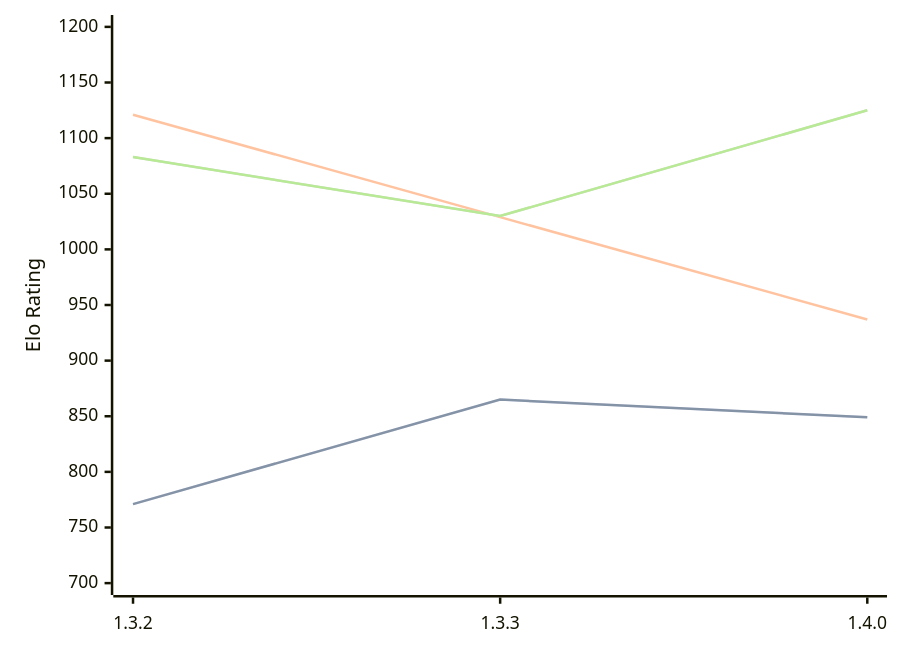
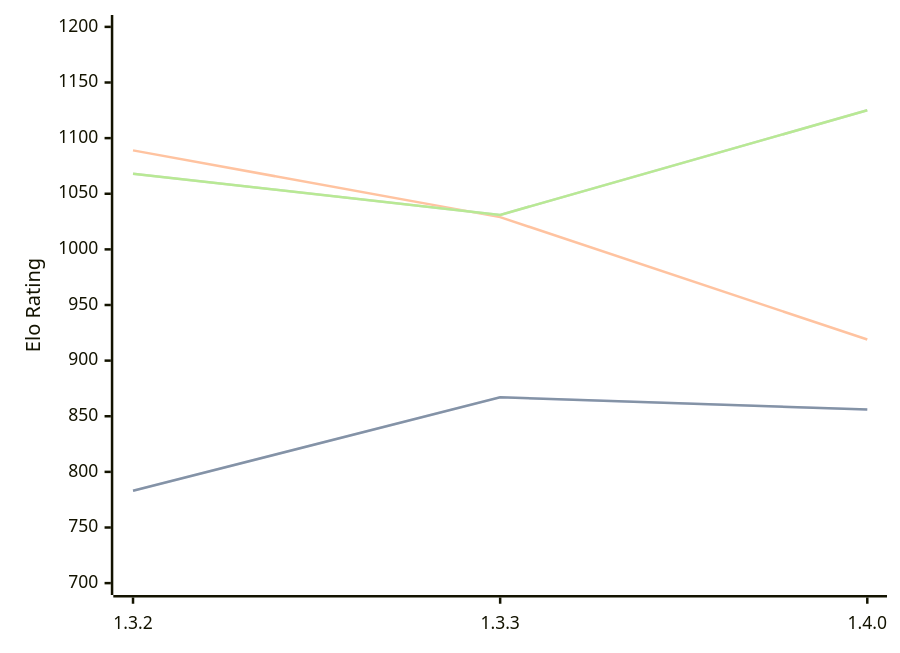
One commit to computer-chess-index/cci changed the diagram in engines/Whitespine.md. Above: the diagram before and after it, drawn with Mermaid. The commit also changed other lines of this file, not shown here.

Commit message:
Update CCI Ratings (ELO VLTC) - 2026-04-30

````diff
--- a/engines/Whitespine.md
+++ b/engines/Whitespine.md
@@ -36,11 +36,11 @@
 ```mermaid
 %%{init: {"theme":"base","themeVariables":{"seriesColors:['#a3a3a3','#222221','#faa371']}}}%%
 xychart-beta
   x-axis ["1.3.2", "1.3.3", "1.4.0"]
   y-axis "Elo Rating" 700 --> 1200
-  line "STC (8.0+0.08s)" [771, 865, 849]
-  line "STC (8.0+0.08s)" [771, 865, 849]
-  line "LTC (60.0+0.60s)" [1121, 1029, 937]
-  line "VLTC (2m24s+1.12s)" [1083, 1030, 1125]
-  line "VLTC (2m24s+1.12s)" [1083, 1030, 1125]
+  line "STC (8.0+0.08s)" [783, 867, 856]
+  line "STC (8.0+0.08s)" [783, 867, 856]
+  line "LTC (60.0+0.60s)" [1089, 1029, 919]
+  line "VLTC (2m24s+1.12s)" [1068, 1031, 1125]
+  line "VLTC (2m24s+1.12s)" [1068, 1031, 1125]
 ```
````
